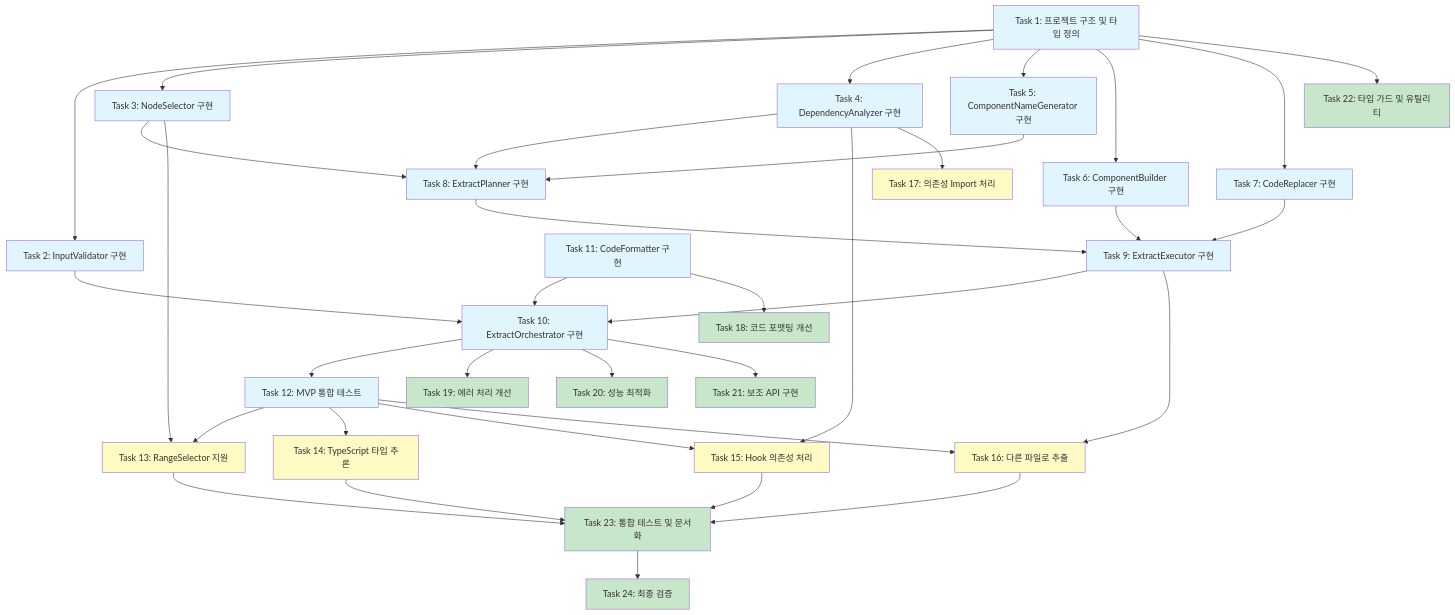
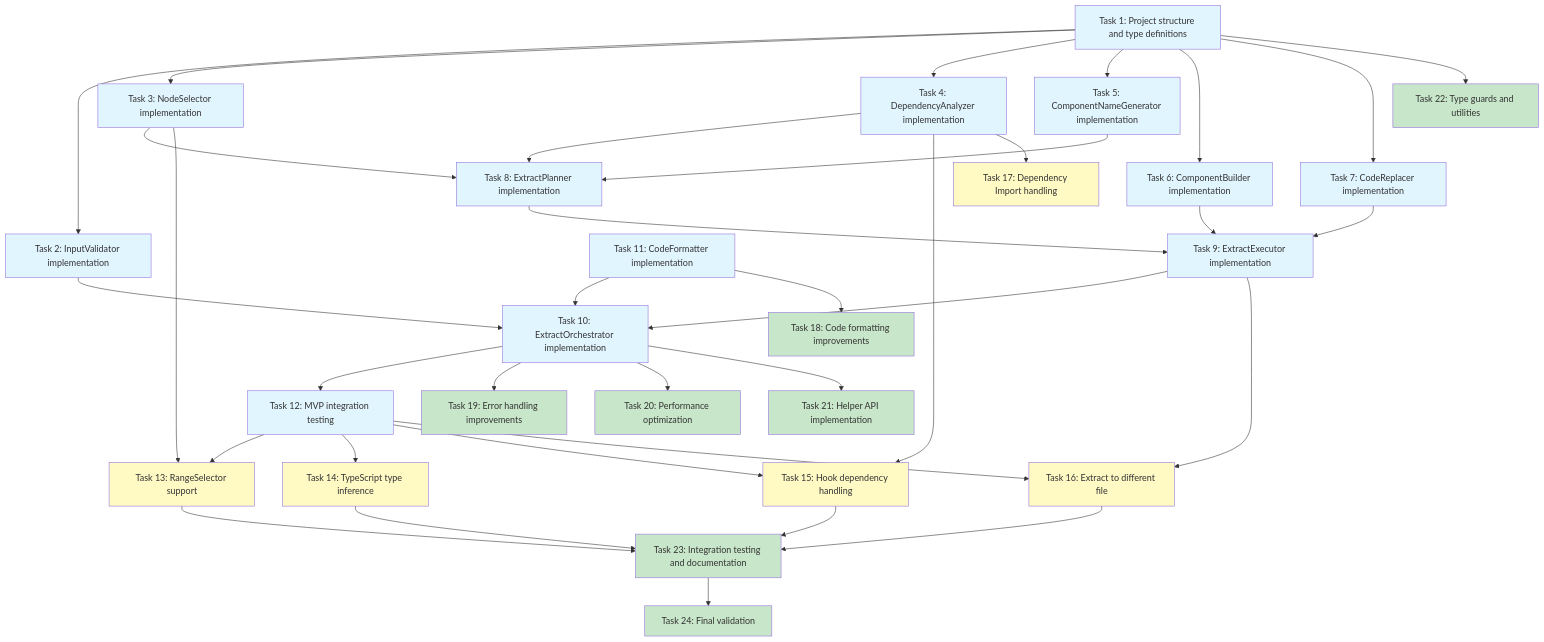
One commit to wickedev/regrafter changed the diagram in .claude/specs/jsx-extract/tasks.md. Above: the diagram before and after it, drawn with Mermaid. The commit also changed other lines of this file and 86 other files, not shown here.

Commit message:
chore: remove website and refine extract module - Remove Docusaurus website infrastructure - Update jsx-extract and regrafter specifications - Refine extract implementation and test suite - Update documentation and remove Korean docs

````diff
--- a/.claude/specs/jsx-extract/tasks.md
+++ b/.claude/specs/jsx-extract/tasks.md
@@ -545,31 +545,31 @@
 ```mermaid
 flowchart TD
-    T1[Task 1: 프로젝트 구조 및 타입 정의]
-    T2[Task 2: InputValidator 구현]
-    T3[Task 3: NodeSelector 구현]
-    T4[Task 4: DependencyAnalyzer 구현]
-    T5[Task 5: ComponentNameGenerator 구현]
-    T6[Task 6: ComponentBuilder 구현]
-    T7[Task 7: CodeReplacer 구현]
-    T8[Task 8: ExtractPlanner 구현]
-    T9[Task 9: ExtractExecutor 구현]
-    T10[Task 10: ExtractOrchestrator 구현]
-    T11[Task 11: CodeFormatter 구현]
-    T12[Task 12: MVP 통합 테스트]
+    T1[Task 1: Project structure and type definitions]
+    T2[Task 2: InputValidator implementation]
+    T3[Task 3: NodeSelector implementation]
+    T4[Task 4: DependencyAnalyzer implementation]
+    T5[Task 5: ComponentNameGenerator implementation]
+    T6[Task 6: ComponentBuilder implementation]
+    T7[Task 7: CodeReplacer implementation]
+    T8[Task 8: ExtractPlanner implementation]
+    T9[Task 9: ExtractExecutor implementation]
+    T10[Task 10: ExtractOrchestrator implementation]
+    T11[Task 11: CodeFormatter implementation]
+    T12[Task 12: MVP integration testing]
 
-    T13[Task 13: RangeSelector 지원]
-    T14[Task 14: TypeScript 타입 추론]
-    T15[Task 15: Hook 의존성 처리]
-    T16[Task 16: 다른 파일로 추출]
-    T17[Task 17: 의존성 Import 처리]
+    T13[Task 13: RangeSelector support]
+    T14[Task 14: TypeScript type inference]
+    T15[Task 15: Hook dependency handling]
+    T16[Task 16: Extract to different file]
+    T17[Task 17: Dependency Import handling]
 
-    T18[Task 18: 코드 포맷팅 개선]
-    T19[Task 19: 에러 처리 개선]
-    T20[Task 20: 성능 최적화]
-    T21[Task 21: 보조 API 구현]
-    T22[Task 22: 타입 가드 및 유틸리티]
-    T23[Task 23: 통합 테스트 및 문서화]
-    T24[Task 24: 최종 검증]
+    T18[Task 18: Code formatting improvements]
+    T19[Task 19: Error handling improvements]
+    T20[Task 20: Performance optimization]
+    T21[Task 21: Helper API implementation]
+    T22[Task 22: Type guards and utilities]
+    T23[Task 23: Integration testing and documentation]
+    T24[Task 24: Final validation]
 
     T1 --> T2
     T1 --> T3
````
